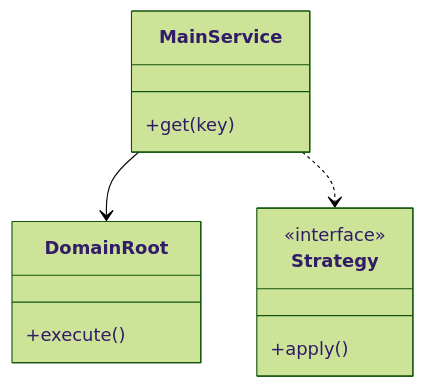
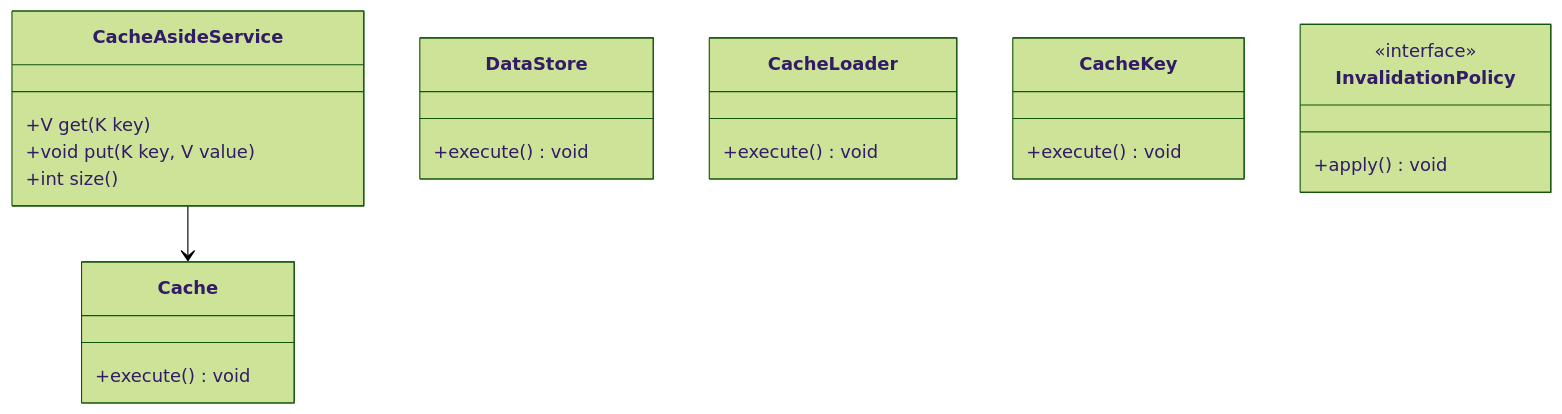
One commit to madhupaila/Interview-Prep-SSE changed the first of 3 diagrams in Learn/System Design - Low Level Design/02-classic-ood/questions/Q63-cache-aside-ood.md. Above: the diagram before and after it, drawn with Mermaid (forest theme). The commit also changed other lines of this file and 491 other files, not shown here.

````diff
--- a/Learn/System Design - Low Level Design/02-classic-ood/questions/Q63-cache-aside-ood.md
+++ b/Learn/System Design - Low Level Design/02-classic-ood/questions/Q63-cache-aside-ood.md
@@ -74,15 +92,25 @@
 ```mermaid
 classDiagram
-    class MainService {
-        +get(key)
+    class CacheAsideService {
+        +V get(K key)
+        +void put(K key, V value)
+        +int size()
     }
-    class DomainRoot {
-        +execute()
+    class Cache {
+        +execute() void
     }
-    class Strategy {
+    class DataStore {
+        +execute() void
+    }
+    class CacheLoader {
+        +execute() void
+    }
+    class CacheKey {
+        +execute() void
+    }
+    class InvalidationPolicy {
         <<interface>>
-        +apply()
+        +apply() void
     }
-    MainService --> DomainRoot
-    MainService ..> Strategy
+    CacheAsideService --> Cache
 ```
````
